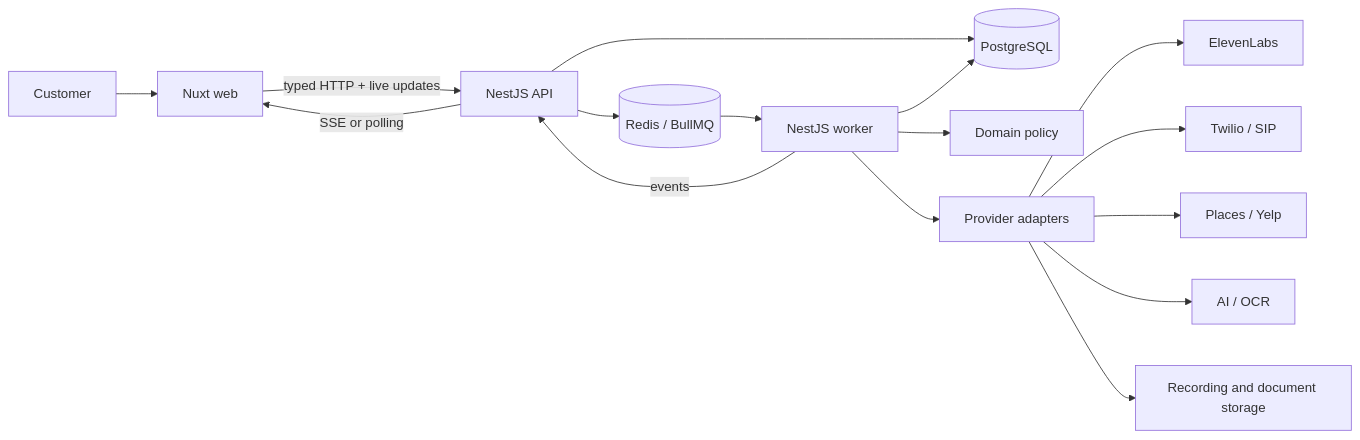
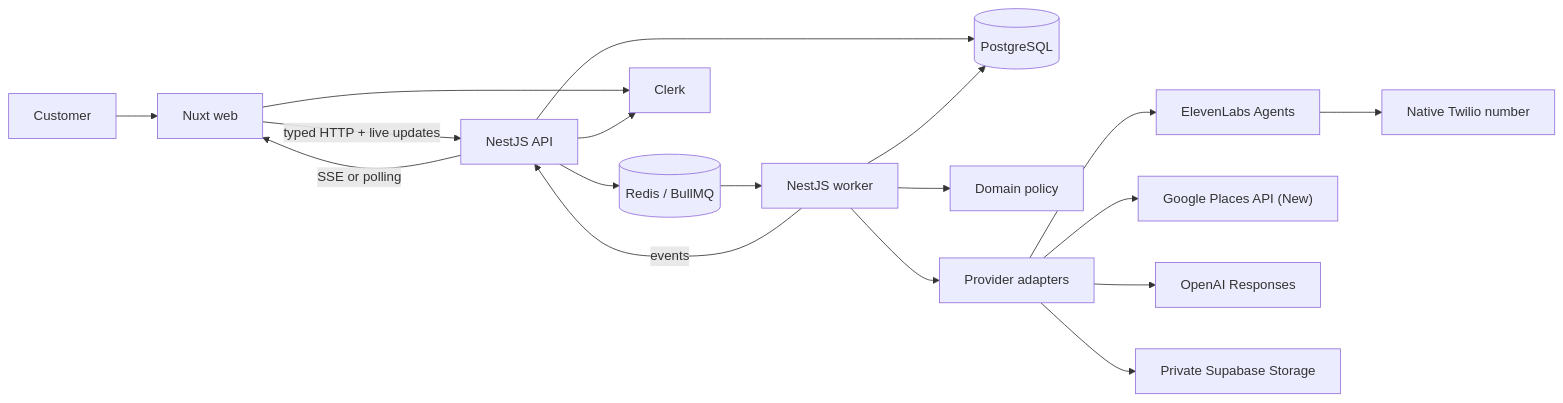
One commit to afnanahmadtariq/avnp changed the diagram in docs/architecture/overview.md. Above: the diagram before and after it, drawn with Mermaid. The commit also changed 47 other files, not shown here.

````diff
--- a/docs/architecture/overview.md
+++ b/docs/architecture/overview.md
@@ -9,18 +9,20 @@
 ```mermaid
 flowchart LR
   Customer["Customer"] --> Web["Nuxt web"]
   Web -->|"typed HTTP + live updates"| API["NestJS API"]
   API --> DB[("PostgreSQL")]
   API --> Queue[("Redis / BullMQ")]
   Queue --> Worker["NestJS worker"]
   Worker --> Domain["Domain policy"]
   Worker --> DB
   Worker --> Adapters["Provider adapters"]
-  Adapters --> Eleven["ElevenLabs"]
-  Adapters --> Phone["Twilio / SIP"]
-  Adapters --> Discovery["Places / Yelp"]
-  Adapters --> AI["AI / OCR"]
-  Adapters --> Storage["Recording and document storage"]
+  Adapters --> Eleven["ElevenLabs Agents"]
+  Eleven --> Phone["Native Twilio number"]
+  Adapters --> Discovery["Google Places API (New)"]
+  Adapters --> AI["OpenAI Responses"]
+  Adapters --> Storage["Private Supabase Storage"]
+  Web --> Auth["Clerk"]
+  API --> Auth
   Worker -->|"events"| API
   API -->|"SSE or polling"| Web
 ```
````
